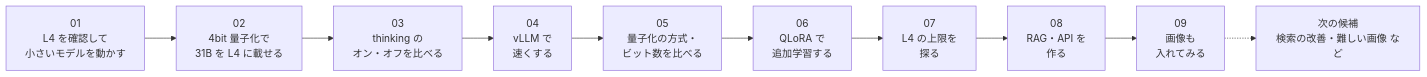
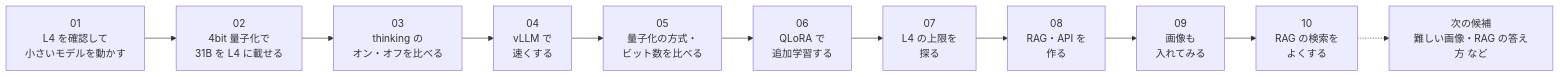
The diagram in README.md (moruku36/colab-oss-lab), drawn with Mermaid before and after one commit. The commit also changed other lines of this file and 8 other files, not shown here.

````diff
--- a/README.md
+++ b/README.md
@@ -35,12 +35,13 @@
 ```mermaid
 flowchart LR
     E01["01<br/>L4 を確認して<br/>小さいモデルを動かす"] --> E02["02<br/>4bit 量子化で<br/>31B を L4 に載せる"]
     E02 --> E03["03<br/>thinking の<br/>オン・オフを比べる"]
     E03 --> E04["04<br/>vLLM で<br/>速くする"]
     E04 --> E05["05<br/>量子化の方式・<br/>ビット数を比べる"]
     E05 --> E06["06<br/>QLoRA で<br/>追加学習する"]
     E06 --> E07["07<br/>L4 の上限を<br/>探る"]
     E07 --> E08["08<br/>RAG・API を<br/>作る"]
     E08 --> E09["09<br/>画像も<br/>入れてみる"]
-    E09 -.-> NEXT["次の候補<br/>検索の改善・難しい画像 など"]
+    E09 --> E10["10<br/>RAG の検索を<br/>よくする"]
+    E10 -.-> NEXT["次の候補<br/>難しい画像・RAG の答え方 など"]
 ```
````
